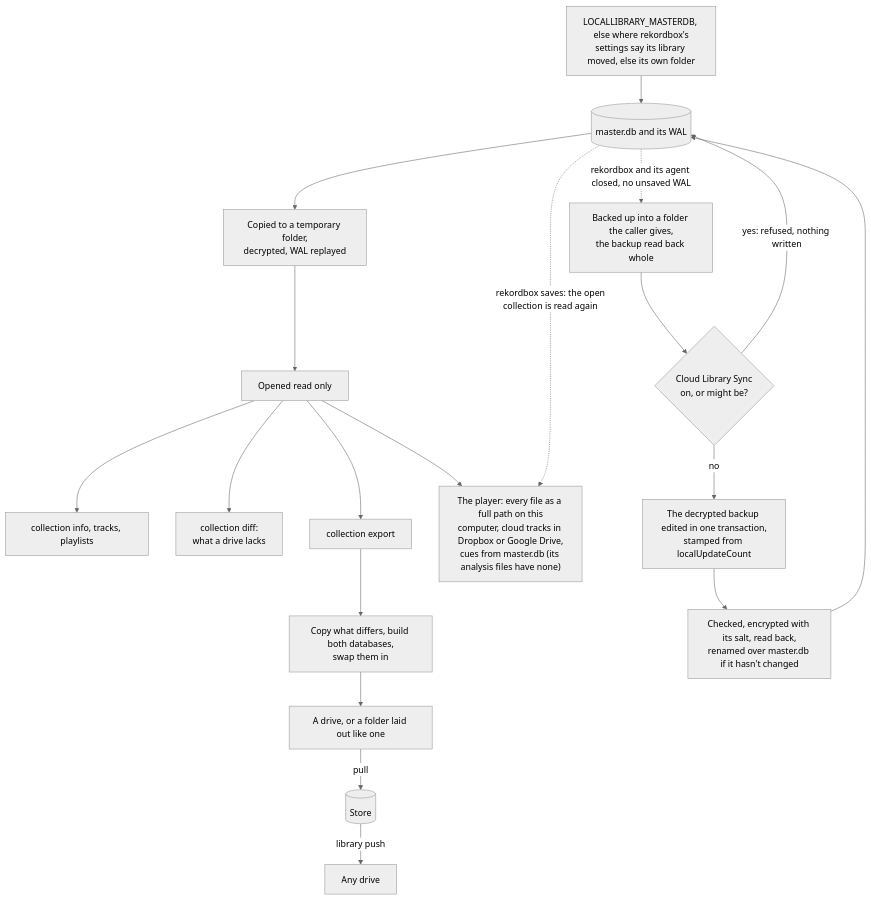
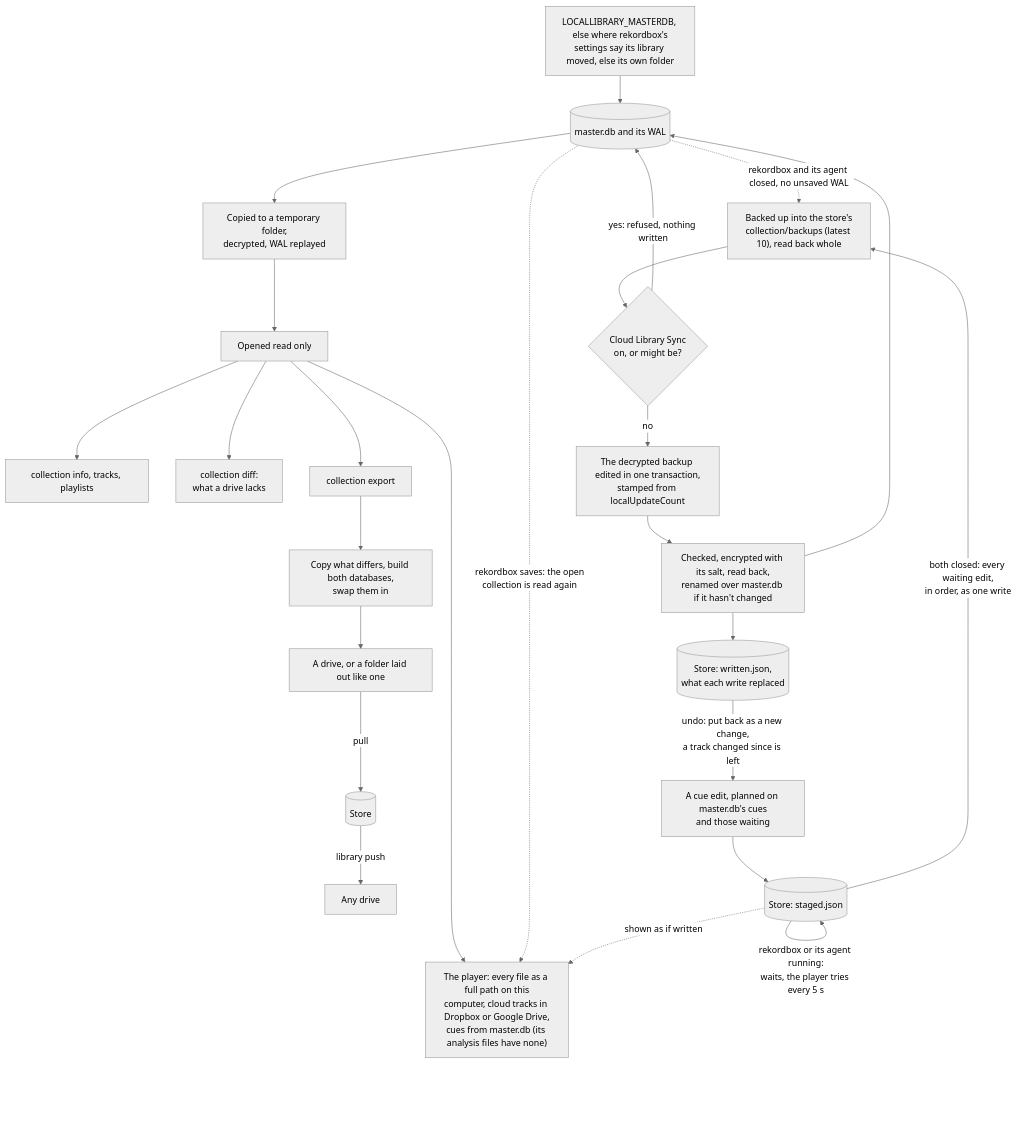
The fourth of 10 diagrams in apps/locallibrary/docs/diagrams/data.md (cutenode/localnetwork), drawn with Mermaid (neutral theme) before and after one commit. The commit also changed other lines of this file and 16 other files, not shown here.

First line of the commit message:
feat(locallibrary): the player writes the collection's waiting cue edits and undoes them

````diff
--- a/apps/locallibrary/docs/diagrams/data.md
+++ b/apps/locallibrary/docs/diagrams/data.md
@@ -76,21 +76,27 @@
 ```mermaid
 flowchart TD
     find["LOCALLIBRARY_MASTERDB, else where rekordbox's<br/>settings say its library moved, else its own folder"] --> master
     master[("master.db and its WAL")] --> copy["Copied to a temporary folder,<br/>decrypted, WAL replayed"]
     copy --> read["Opened read only"]
     read --> reads["collection info, tracks, playlists"]
     read --> diff["collection diff:<br/>what a drive lacks"]
     read --> export["collection export"]
     read --> player["The player: every file as a full path on this<br/>computer, cloud tracks in Dropbox or Google Drive,<br/>cues from master.db (its analysis files have none)"]
     master -.->|"rekordbox saves: the open<br/>collection is read again"| player
     export --> write["Copy what differs, build both databases,<br/>swap them in"]
     write --> target["A drive, or a folder laid out like one"]
     target -->|"pull"| store[("Store")]
     store -->|"library push"| drive["Any drive"]
-    master -.->|"rekordbox and its agent closed, no unsaved WAL"| backup["Backed up into a folder the caller gives,<br/>the backup read back whole"]
+    cue["A cue edit, planned on master.db's cues<br/>and those waiting"] --> staged[("Store: staged.json")]
+    staged -.->|"shown as if written"| player
+    staged -->|"rekordbox or its agent running:<br/>waits, the player tries every 5 s"| staged
+    staged -->|"both closed: every waiting edit,<br/>in order, as one write"| backup
+    master -.->|"rekordbox and its agent closed, no unsaved WAL"| backup["Backed up into the store's<br/>collection/backups (latest 10), read back whole"]
     backup --> synced{"Cloud Library Sync<br/>on, or might be?"}
     synced -->|"yes: refused, nothing written"| master
     synced -->|no| edit["The decrypted backup edited in one transaction,<br/>stamped from localUpdateCount"]
     edit --> swap["Checked, encrypted with its salt, read back,<br/>renamed over master.db if it hasn't changed"]
     swap --> master
+    swap --> written[("Store: written.json,<br/>what each write replaced")]
+    written -->|"undo: put back as a new change,<br/>a track changed since is left"| cue
 ```
````
